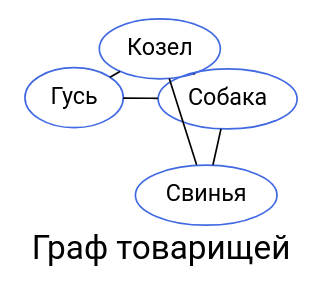
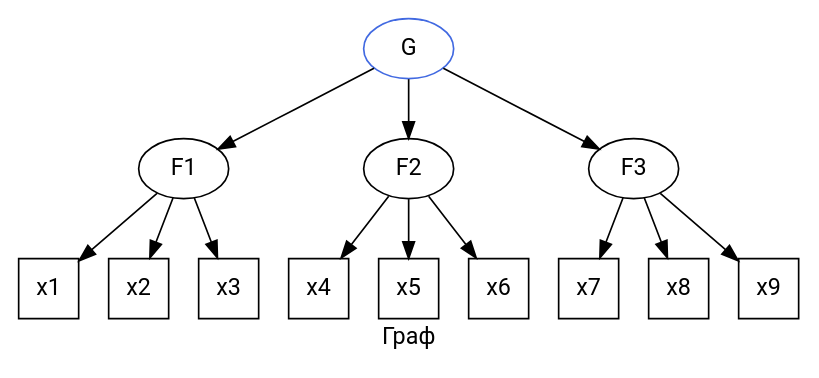
One commit to Marwolaeth/OTUS_R4DA changed the seventh of 7 diagrams in 01-Quarto/otus-reveal.qmd. Above: the diagram before and after it, drawn with Graphviz. The commit also changed other lines of this file and 2 other files, not shown here.

Commit message:
A better Graphviz example

````diff
--- a/01-Quarto/otus-reveal.qmd
+++ b/01-Quarto/otus-reveal.qmd
@@ -1239,18 +1240,18 @@
 ```{dot}
 //| label: ex-graphviz-graph
 //| echo: false
 //| eval: true
-graph G {
+//| fig-height: 4
+digraph НаправленныйГраф {
   fontname="Roboto"
-  node [fontname="Roboto", color=royalblue]
-  layout = neato
-  Гусь -- Собака [weight=8];
-  Собака -- Свинья;
-  Свинья -- Козел [weight=4];
-  Козел -- Собака;
-  Гусь -- Козел;
+  node [fontname="Roboto"]
+  G [color=royalblue];
+  x1, x2, x3, x4, x5, x6, x7, x8, x9 [shape=square];
+  F1 -> {x1, x2, x3};
+  F2 -> {x4, x5, x6};
+  F3 -> {x7, x8, x9};
+  G  -> {F1, F2, F3};
   
-  fontsize=20;
-  label = "Граф товарищей";
+  label = "Граф";
 }
 ```
````
